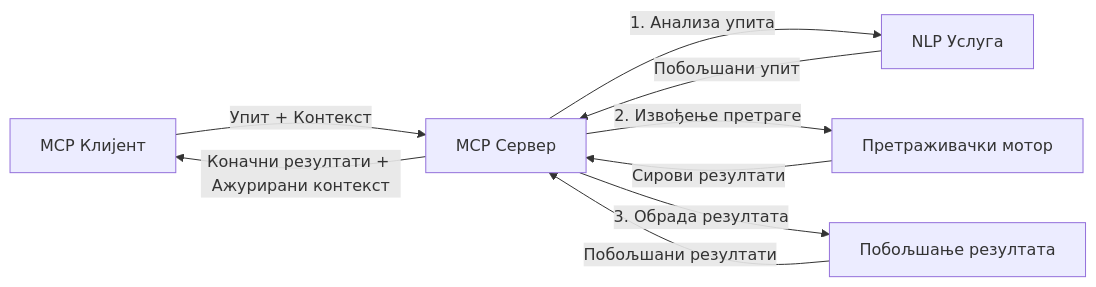
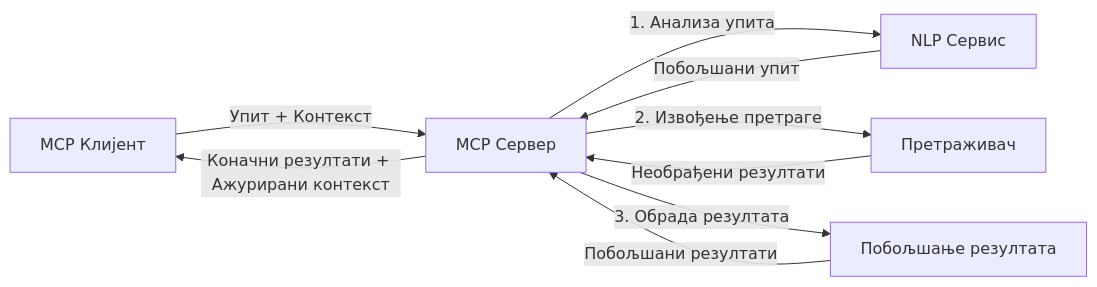
Before and after one commit to microsoft/mcp-for-beginners: the fourth of 4 diagrams in translations/sr/05-AdvancedTopics/mcp-realtimesearch/README.md, drawn with Mermaid. The commit also changed other lines of this file and 154 other files, not shown here.

````diff
--- a/translations/sr/05-AdvancedTopics/mcp-realtimesearch/README.md
+++ b/translations/sr/05-AdvancedTopics/mcp-realtimesearch/README.md
@@ -626,11 +628,11 @@
 ```mermaid
 graph LR
     Client[MCP Клијент] --> |Упит + Контекст| Server[MCP Сервер]
-    Server --> |1. Анализа упита| NLP[NLP Услуга]
+    Server --> |1. Анализа упита| NLP[NLP Сервис]
     NLP --> |Побољшани упит| Server
-    Server --> |2. Извођење претраге| Search[Претраживачки мотор]
-    Search --> |Сирови резултати| Server
+    Server --> |2. Извођење претраге| Search[Претраживач]
+    Search --> |Необрађени резултати| Server
     Server --> |3. Обрада резултата| Enhancement[Побољшање резултата]
     Enhancement --> |Побољшани резултати| Server
     Server --> |Коначни резултати + Ажурирани контекст| Client
 ```
````
